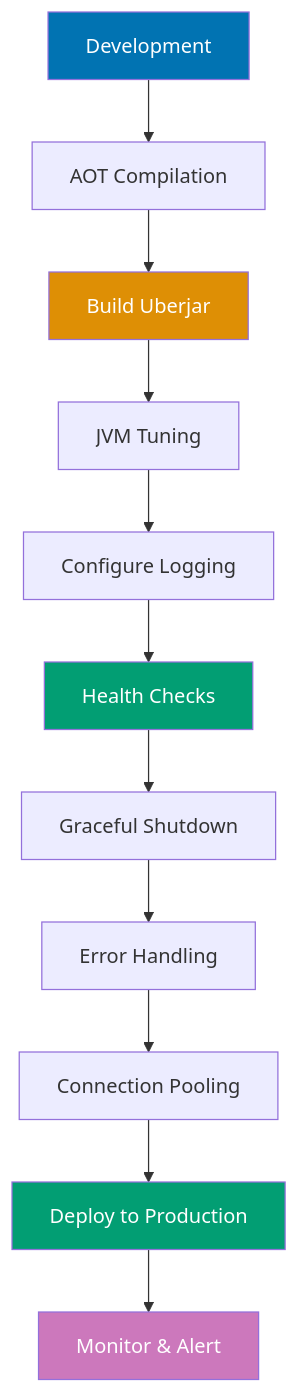
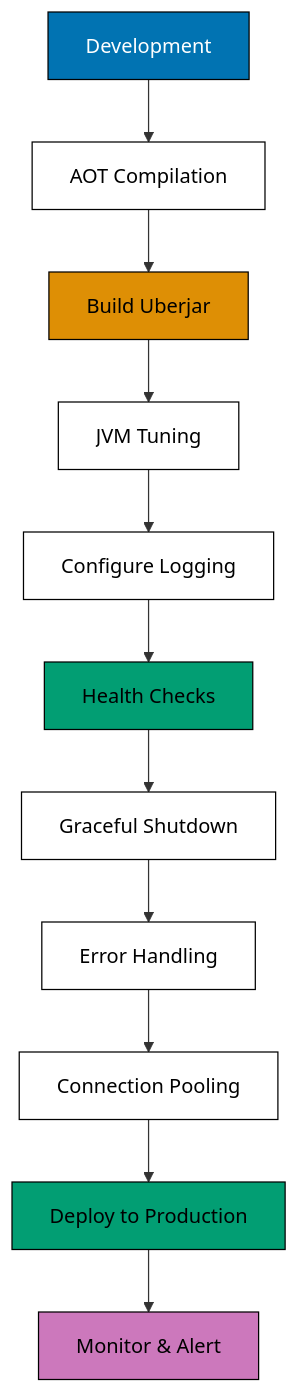
Diagram 13 of 13 in apps/ayokoding-www/content/en/learn/legacy/software-engineering/programming-languages/clojure/by-example/advanced.md (wahidyankf/ose-public), drawn with Mermaid before and after one commit. The commit also changed other lines of this file and 112 other files, not shown here.

First line of the commit message:
fix(mermaid): bring the legacy programming-languages diagrams onto the accessible palette

````diff
--- a/apps/ayokoding-www/content/en/learn/legacy/software-engineering/programming-languages/clojure/by-example/advanced.md
+++ b/apps/ayokoding-www/content/en/learn/legacy/software-engineering/programming-languages/clojure/by-example/advanced.md
@@ -1481,20 +1551,27 @@
 ```mermaid
 %% Production deployment pipeline
 graph TD
+    accTitle: Example 78: Production Deployment Checklist
+    accDescr: Graph with 12 nodes and 11 connections. Nodes: Development, AOT Compilation, Build Uberjar, JVM Tuning, Configure Logging, Health Checks, Graceful Shutdown, Error Handling, Connection Pooling, Deploy to Production, K, Alert. Connections: Development to AOT Compilation, AOT Compilation to Build Uberjar, Build Uberjar to JVM Tuning, JVM Tuning to Configure Logging, Configure Logging to Health Checks, Health Checks to Graceful Shutdown, Graceful Shutdown to Error Handling, Error Handling to Connection Pooling, Connection Pooling to Deploy to Production, Deploy to Production to K, Deploy to Production to Alert.
     A[Development] --> B[AOT Compilation]
     B --> C[Build Uberjar]
     C --> D[JVM Tuning]
     D --> E[Configure Logging]
     E --> F[Health Checks]
     F --> G[Graceful Shutdown]
     G --> H[Error Handling]
     H --> I[Connection Pooling]
     I --> J[Deploy to Production]
     J --> K[Monitor & Alert]
 
-    style A fill:#0173B2,color:#fff
-    style C fill:#DE8F05,color:#fff
-    style F fill:#029E73,color:#fff
-    style J fill:#029E73,color:#fff
-    style K fill:#CC78BC,color:#fff
+    classDef pal-0173B2 fill:#0173B2,stroke:#000000,color:#FFFFFF
+    class A pal-0173B2
+    classDef pal-DE8F05 fill:#DE8F05,stroke:#000000,color:#000000
+    class C pal-DE8F05
+    classDef pal-029E73 fill:#029E73,stroke:#000000,color:#000000
+    class F pal-029E73
+    class J pal-029E73
+    classDef pal-CC78BC fill:#CC78BC,stroke:#000000,color:#000000
+    class K pal-CC78BC
+    classDef default fill:#FFFFFF,stroke:#000000,color:#000000
 ```
````
